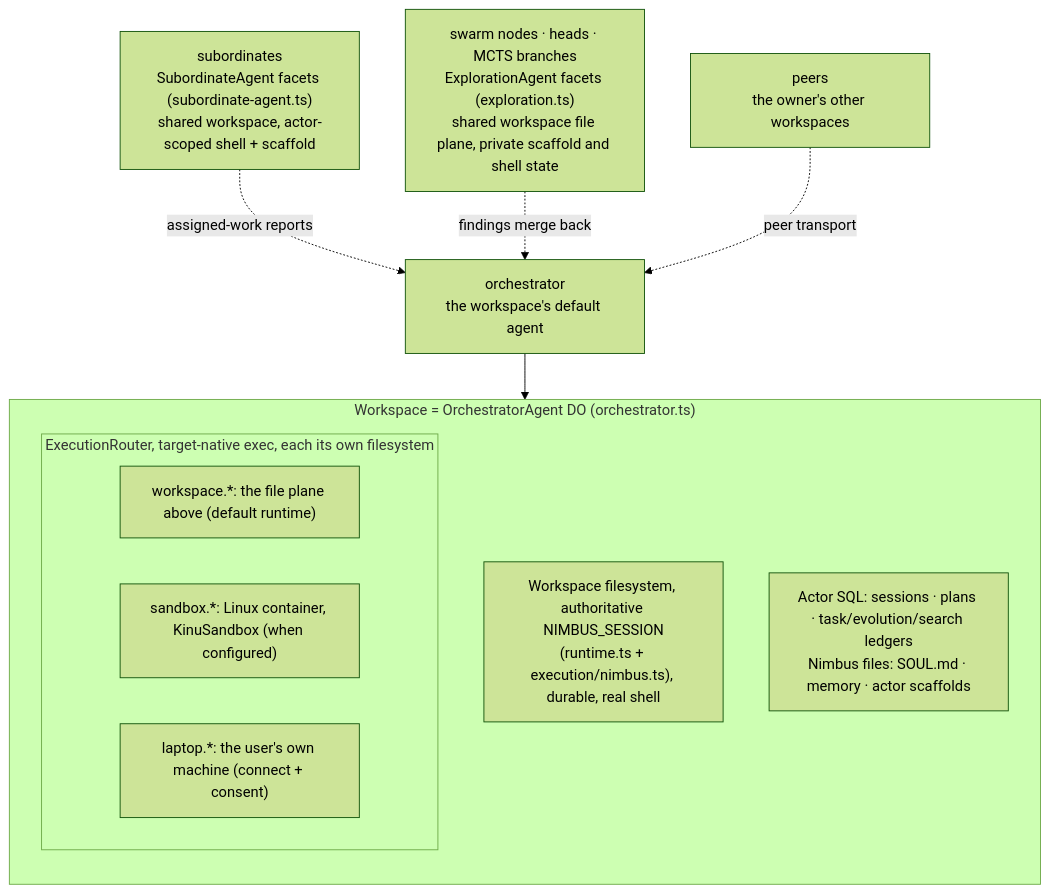
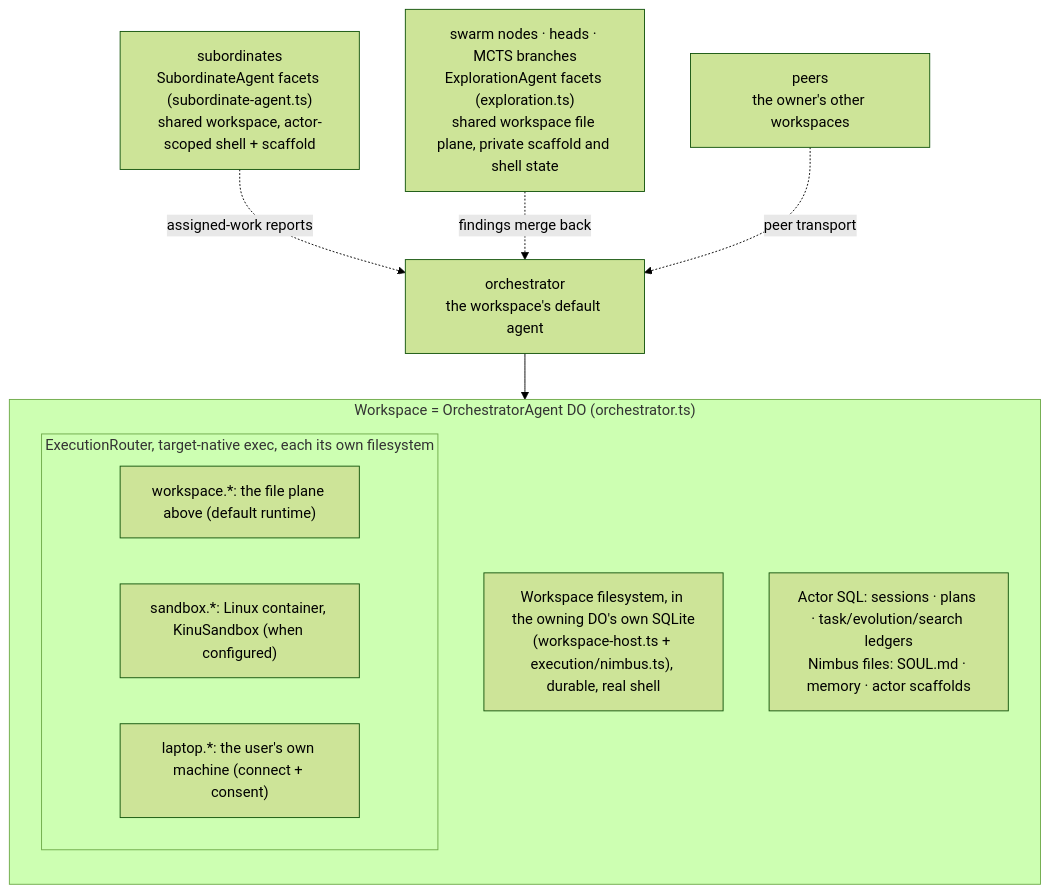
The first of 5 diagrams in docs/ARCHITECTURE.md (AshishKumar4/kinu), drawn with Mermaid (forest theme) before and after one commit. The commit also changed other lines of this file and 43 other files, not shown here.

````diff
--- a/docs/ARCHITECTURE.md
+++ b/docs/ARCHITECTURE.md
@@ -21,18 +21,18 @@
 ```mermaid
 graph TB
     subgraph WS["Workspace = OrchestratorAgent DO (orchestrator.ts)"]
         direction TB
-        Files["Workspace filesystem, authoritative NIMBUS_SESSION<br/>(runtime.ts + execution/nimbus.ts), durable, real shell"]
+        Files["Workspace filesystem, in the owning DO's own SQLite<br/>(workspace-host.ts + execution/nimbus.ts), durable, real shell"]
         subgraph Execs["ExecutionRouter, target-native exec, each its own filesystem"]
             W["workspace.*: the file plane above (default runtime)"]
             S["sandbox.*: Linux container, KinuSandbox (when configured)"]
             P["laptop.*: the user's own machine (connect + consent)"]
         end
         State["Actor SQL: sessions · plans · task/evolution/search ledgers<br/>Nimbus files: SOUL.md · memory · actor scaffolds"]
     end
 
     Orch["orchestrator<br/>the workspace's default agent"] --> WS
     Subs["subordinates<br/>SubordinateAgent facets (subordinate-agent.ts)<br/>shared workspace, actor-scoped shell + scaffold"] -.->|assigned-work reports| Orch
     Heads["swarm nodes · heads · MCTS branches<br/>ExplorationAgent facets (exploration.ts)<br/>shared workspace file plane, private scaffold and shell state"] -.->|findings merge back| Orch
     Peers["peers<br/>the owner's other workspaces"] -.->|peer transport| Orch
 ```
````
